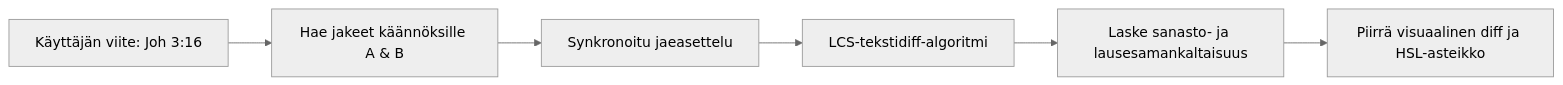
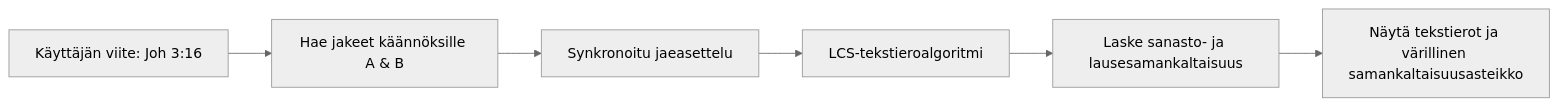
One commit to mvirtai/clible-v3-go changed the diagram in docs/fi/guide/compare-and-diff.md. Above: the diagram before and after it, drawn with Mermaid (neutral theme). The commit also changed other lines of this file and 21 other files, not shown here.

````diff
--- a/docs/fi/guide/compare-and-diff.md
+++ b/docs/fi/guide/compare-and-diff.md
@@ -11,8 +11,8 @@
 ```mermaid
 flowchart LR
     User["Käyttäjän viite: Joh 3:16"] --> Fetch["Hae jakeet käännöksille A & B"]
     Fetch --> Align["Synkronoitu jaeasettelu"]
-    Align --> LCS["LCS-tekstidiff-algoritmi"]
+    Align --> LCS["LCS-tekstieroalgoritmi"]
     LCS --> Sim["Laske sanasto- ja lausesamankaltaisuus"]
-    Sim --> Matrix["Piirrä visuaalinen diff ja HSL-asteikko"]
+    Sim --> Matrix["Näytä tekstierot ja värillinen samankaltaisuusasteikko"]
 ```
````
